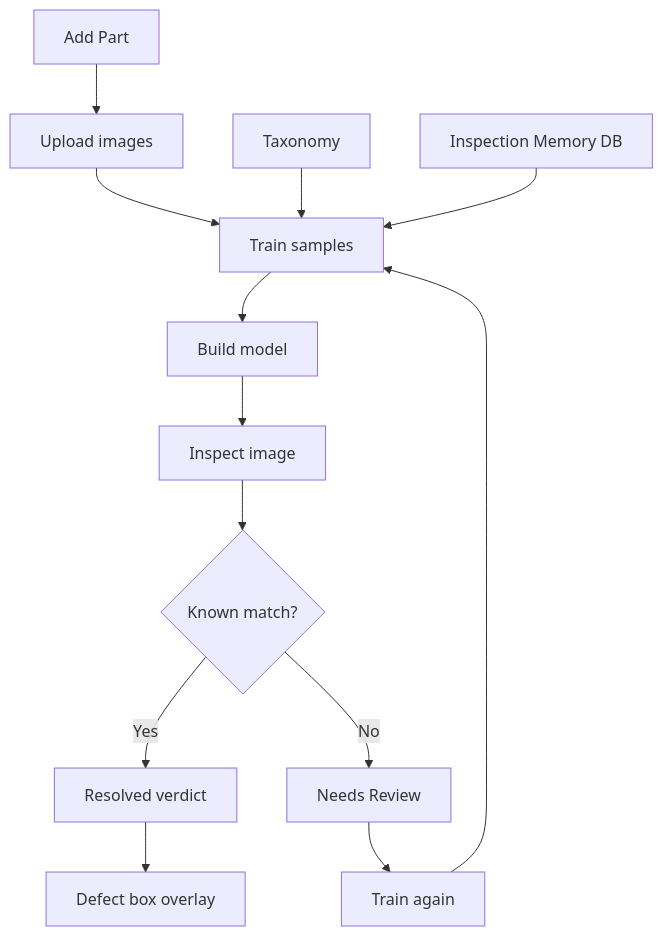
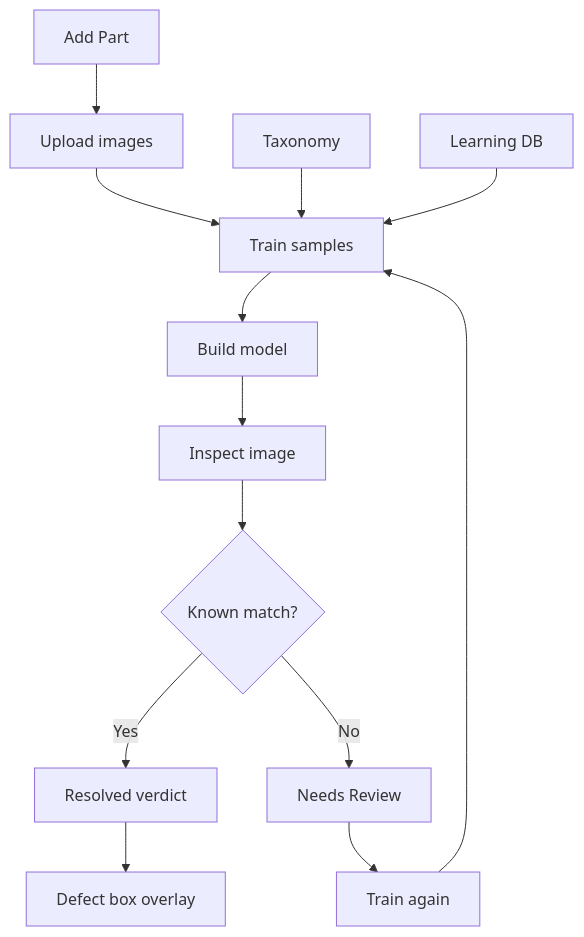
Before and after one commit to sankalpa-tech/QMSInspector: the diagram in README.md, drawn with Mermaid. The commit also changed other lines of this file and 4 other files, not shown here.

Commit message:
Finalize inspection_memory.db naming

````diff
--- a/README.md
+++ b/README.md
@@ -40,19 +40,19 @@
 ```mermaid
 flowchart TD
     A[Add Part] --> B[Upload images]
     B --> C[Train samples]
 
     K[Taxonomy] --> C
-    M[Inspection Memory DB] --> C
+    M[Learning DB] --> C
 
     C --> D[Build model]
     D --> E[Inspect image]
     E --> F{Known match?}
 
     F -- Yes --> G[Resolved verdict]
     G --> G2[Defect box overlay]
 
     F -- No --> H[Needs Review]
     H --> I[Train again]
     I --> C
 ```
````
